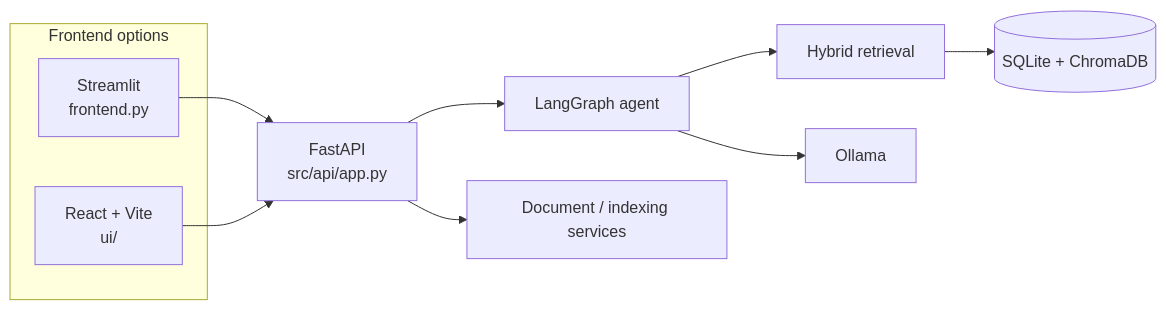
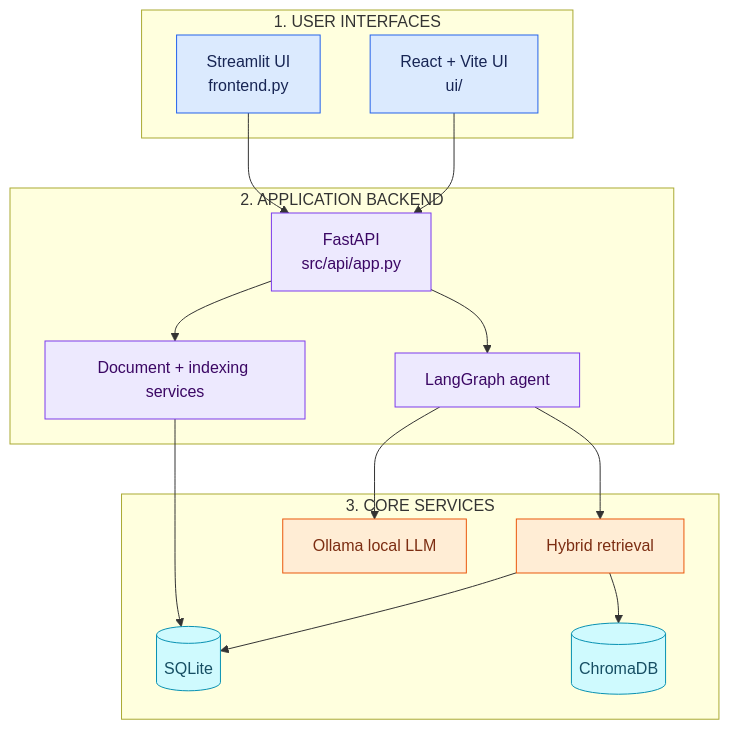
Before and after one commit to pratik-0302/job_description_agent: diagram 14 of 15 in README.md, drawn with Mermaid. The commit also changed other lines of this file, not shown here.

Commit message:
docs: standardize README diagrams with staged architecture flows

````diff
--- a/README.md
+++ b/README.md
@@ -810,14 +1010,34 @@
 ```mermaid
-flowchart LR
-    subgraph FRONTEND["Frontend options"]
-        ST["Streamlit<br/>frontend.py"]
-        REACT["React + Vite<br/>ui/"]
+flowchart TB
+    subgraph CLIENTS["1. USER INTERFACES"]
+        ST["Streamlit UI<br/>frontend.py"]
+        REACT["React + Vite UI<br/>ui/"]
     end
-    ST --> API["FastAPI<br/>src/api/app.py"]
-    REACT --> API
-    API --> GRAPH["LangGraph agent"]
-    API --> DOCS["Document / indexing services"]
-    GRAPH --> RET["Hybrid retrieval"]
-    RET --> DB[("SQLite + ChromaDB")]
-    GRAPH --> LLM["Ollama"]
+
+    subgraph BACKEND["2. APPLICATION BACKEND"]
+        API["FastAPI<br/>src/api/app.py"]
+        GRAPH["LangGraph agent"]
+        DOCS["Document + indexing services"]
+        ST --> API
+        REACT --> API
+        API --> GRAPH
+        API --> DOCS
+    end
+
+    subgraph SERVICES["3. CORE SERVICES"]
+        GRAPH --> RET["Hybrid retrieval"]
+        GRAPH --> LLM["Ollama local LLM"]
+        DOCS --> SQLITE[("SQLite")]
+        RET --> SQLITE
+        RET --> CHROMA[("ChromaDB")]
+    end
+
+    classDef client fill:#dbeafe,stroke:#2563eb,color:#172554
+    classDef backend fill:#ede9fe,stroke:#7c3aed,color:#3b0764
+    classDef service fill:#ffedd5,stroke:#ea580c,color:#7c2d12
+    classDef storage fill:#cffafe,stroke:#0891b2,color:#164e63
+    class ST,REACT client
+    class API,GRAPH,DOCS backend
+    class RET,LLM service
+    class SQLITE,CHROMA storage
 ```
````
